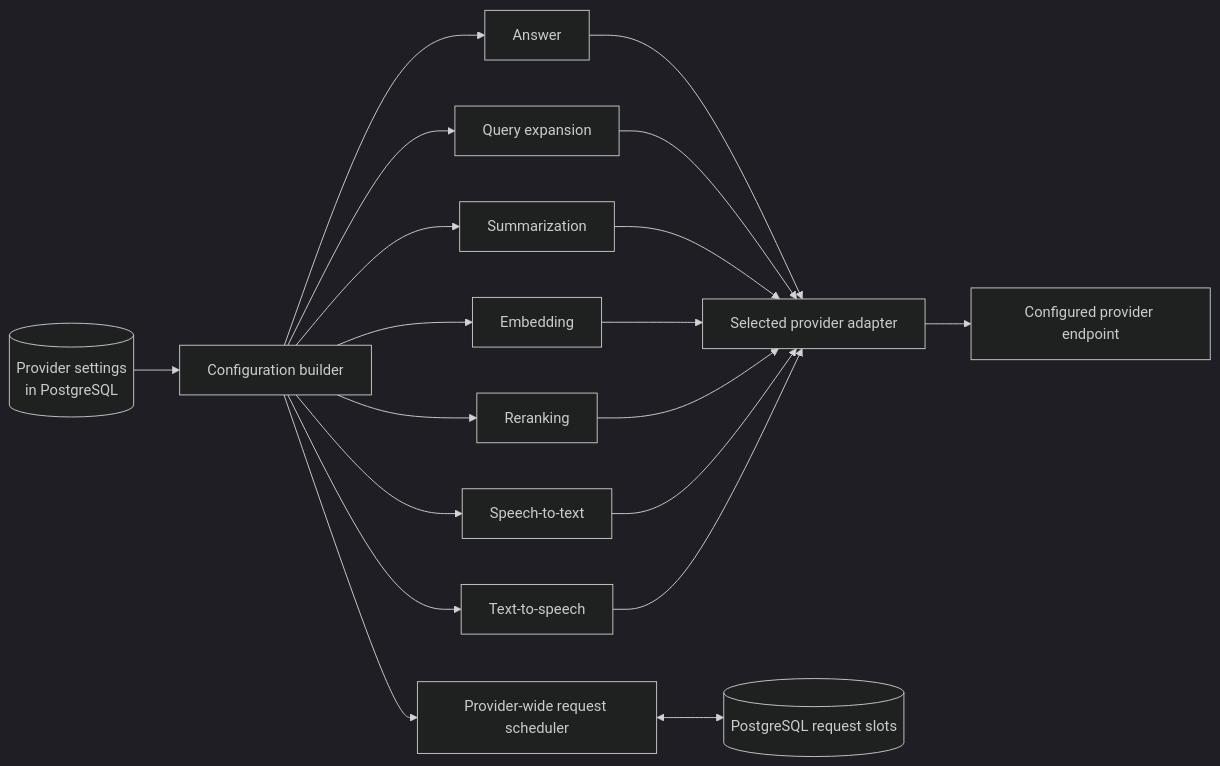
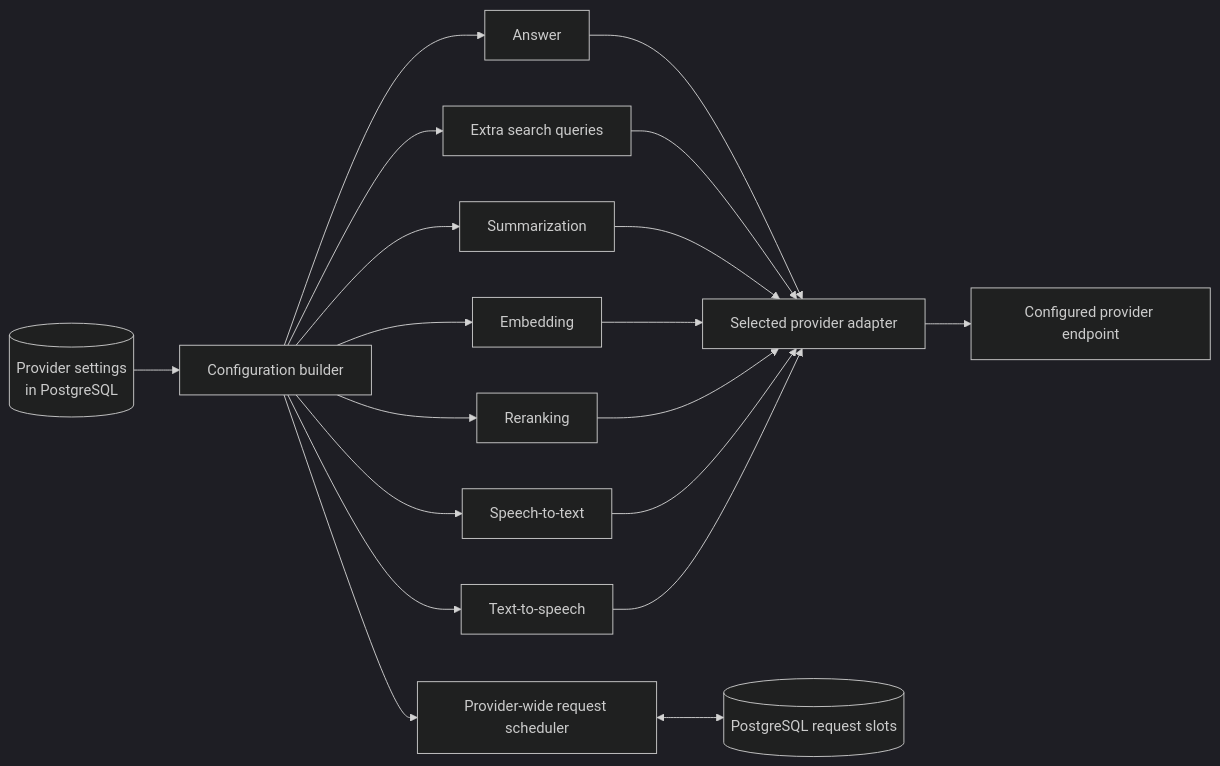
Before and after one commit to sageil/citeloom: the second of 4 diagrams in docs/architecture.md, drawn with Mermaid (dark theme). The commit also changed other lines of this file and 43 other files, not shown here.

````diff
--- a/docs/architecture.md
+++ b/docs/architecture.md
@@ -91,23 +91,23 @@
 ```mermaid
 flowchart LR
     Settings[(Provider settings<br/>in PostgreSQL)] --> Builder[Configuration builder]
     Builder --> Answer[Answer]
-    Builder --> Expansion[Query expansion]
+    Builder --> Expansion[Extra search queries]
     Builder --> Summary[Summarization]
     Builder --> Embedding[Embedding]
     Builder --> Reranking[Reranking]
     Builder --> STT[Speech-to-text]
     Builder --> TTS[Text-to-speech]
 
     Answer --> Adapter[Selected provider adapter]
     Expansion --> Adapter
     Summary --> Adapter
     Embedding --> Adapter
     Reranking --> Adapter
     STT --> Adapter
     TTS --> Adapter
 
     Adapter --> Endpoint[Configured provider endpoint]
     Builder --> Limits[Provider-wide request scheduler]
     Limits <--> Slots[(PostgreSQL request slots)]
 ```
````
